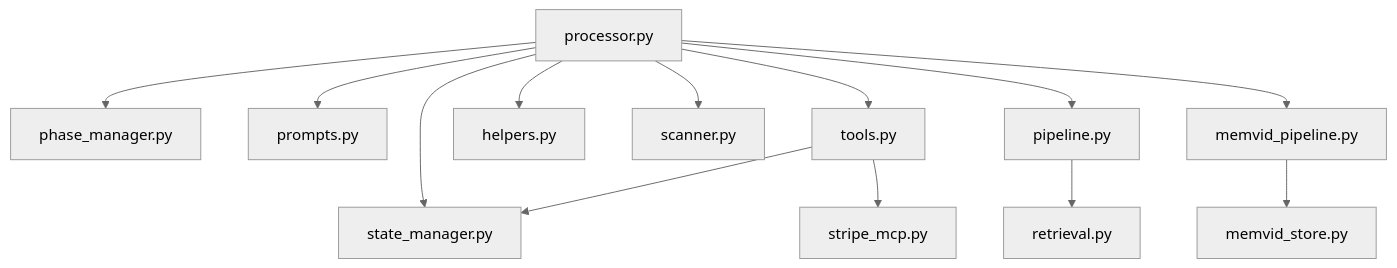
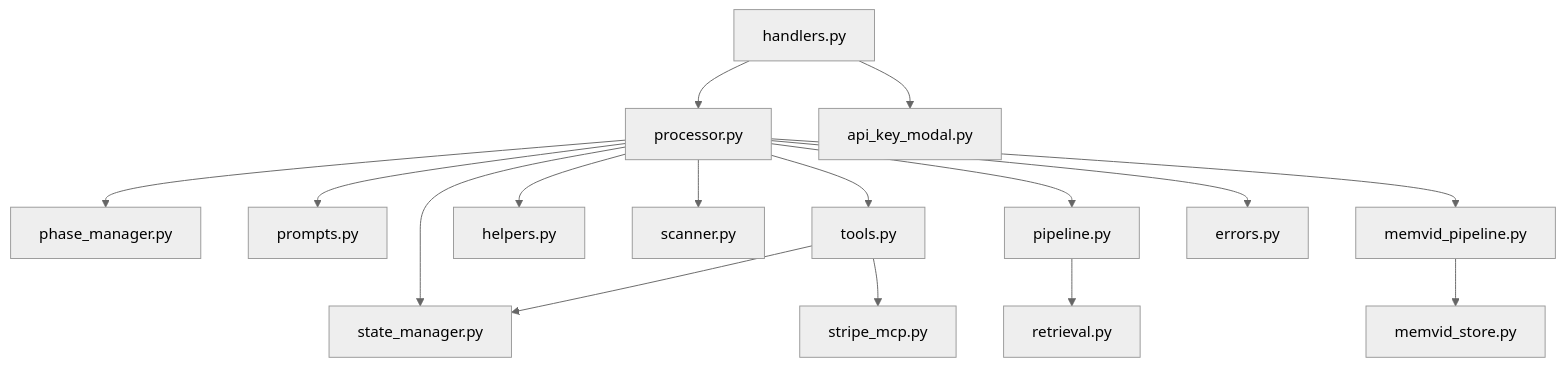
One commit to MOK-5-ha/MayaMCP changed diagram 14 of 14 in .qoder/repowiki/en/content/Conversation Processing System/Conversation Processing System.md. Above: the diagram before and after it, drawn with Mermaid (neutral theme). The commit also changed other lines of this file and 27 other files, not shown here.

````diff
--- a/.qoder/repowiki/en/content/Conversation Processing System/Conversation Processing System.md
+++ b/.qoder/repowiki/en/content/Conversation Processing System/Conversation Processing System.md
@@ -422,15 +585,18 @@
 ```mermaid
 graph TB
 PROC["processor.py"] --> PM["phase_manager.py"]
 PROC --> PROMPT["prompts.py"]
 PROC --> TOOLS["tools.py"]
 PROC --> SM["state_manager.py"]
 PROC --> HELPERS["helpers.py"]
 PROC --> SEC["scanner.py"]
 PROC --> RAG["pipeline.py"]
 PROC --> MEMVID["memvid_pipeline.py"]
+PROC --> ERR["errors.py"]
+UI["handlers.py"] --> PROC
+UI --> QUOTA["api_key_modal.py"]
 TOOLS --> SM
 TOOLS --> PAY["stripe_mcp.py"]
 RAG --> RET["retrieval.py"]
 MEMVID --> MEMSTORE["memvid_store.py"]
 ```
````
